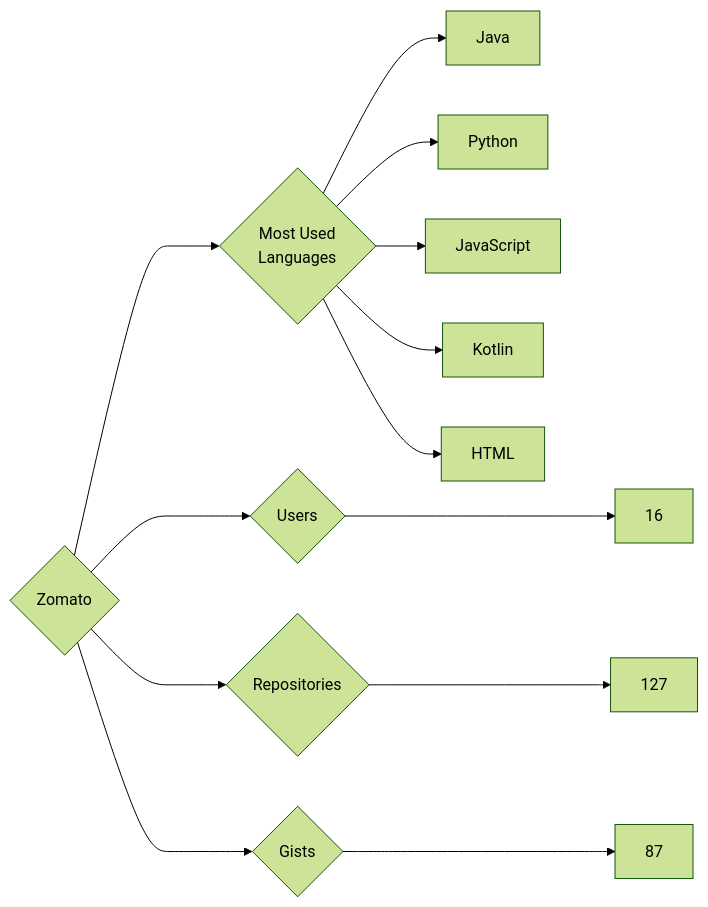
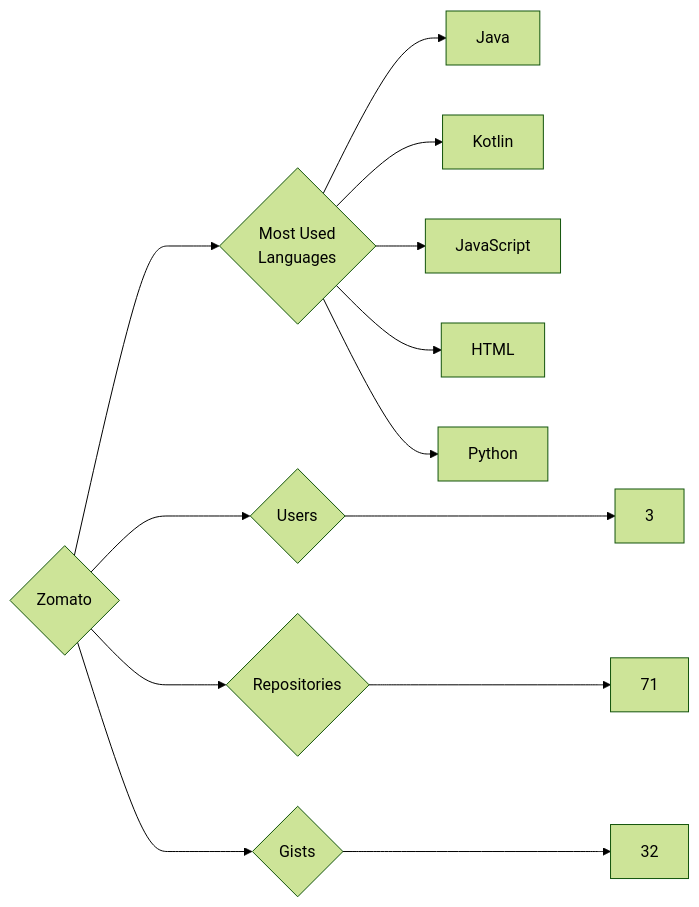
Before and after one commit to trickest/insiders: the diagram in targets/Zomato/README.md, drawn with Mermaid (forest theme). The commit also changed 1011 other files, not shown here.

````diff
--- a/targets/Zomato/README.md
+++ b/targets/Zomato/README.md
@@ -3,13 +3,13 @@
 ```mermaid
 graph LR
 COMPANY_NAME{Zomato}
-COMPANY_NAME ---> U{Users} ---> UN[16]
-COMPANY_NAME ---> R{Repositories} ---> RN[127]
-COMPANY_NAME ---> G{Gists} ---> GN[87]
+COMPANY_NAME ---> U{Users} ---> UN[3]
+COMPANY_NAME ---> R{Repositories} ---> RN[71]
+COMPANY_NAME ---> G{Gists} ---> GN[32]
 COMPANY_NAME ---> ML{Most Used<br>Languages}
 ML --> Java[Java]
+ML --> Kotlin[Kotlin]
+ML --> JavaScript[JavaScript]
+ML --> HTML[HTML]
 ML --> Python[Python]
-ML --> JavaScript[JavaScript]
-ML --> Kotlin[Kotlin]
-ML --> HTML[HTML]
 ```
````
